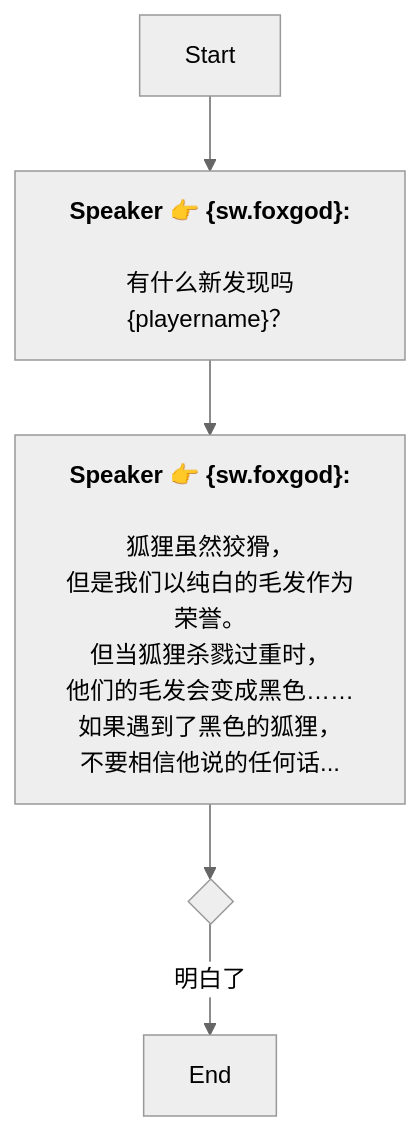
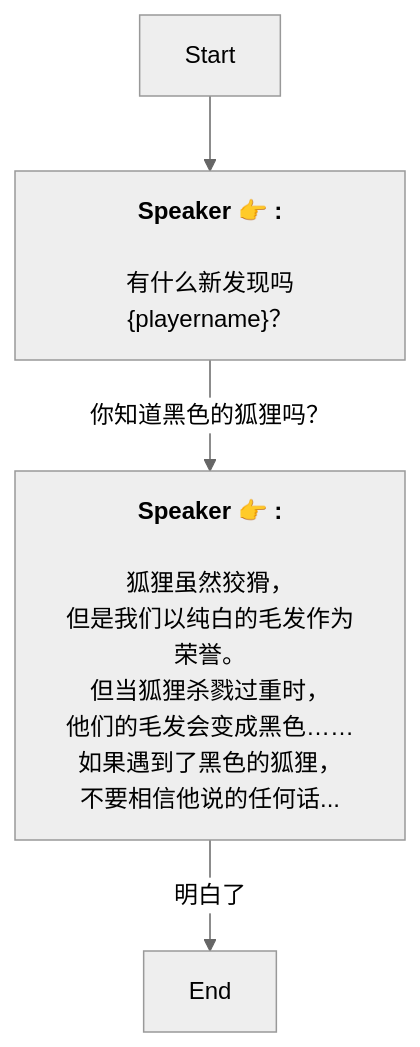
The diagram in Zh/QuestTalkObjectiveNode_1761996296966827.md (SoftHu/tos_avg), drawn with Mermaid (neutral theme) before and after one commit. The commit also changed 737 other files, not shown here.

````diff
--- a/Zh/QuestTalkObjectiveNode_1761996296966827.md
+++ b/Zh/QuestTalkObjectiveNode_1761996296966827.md
@@ -1,17 +1,12 @@
 ```mermaid
 graph
-Start -->1761996905918126[<b>Speaker 👉 &lbrace;sw.foxgod&rbrace;:</b>
+Start -->1761996905918126[<b>Speaker 👉 :</b>
+\n有什么新发现吗&lbrace;playername&rbrace;？]
+1761996905918126 -->|你知道黑色的狐狸吗？|1761996951600820[<b>Speaker 👉 :</b>
+\n狐狸虽然狡猾，
+但是我们以纯白的毛发作为荣誉。\n但当狐狸杀戮过重时，
+他们的毛发会变成黑色……\n如果遇到了黑色的狐狸，
+不要相信他说的任何话...]
+1761996951600820 -->|明白了|1761997069046461[End]
 
-有什么新发现吗&lbrace;playername&rbrace;？]
-1761996905918126 -->1761996951600820[<b>Speaker 👉 &lbrace;sw.foxgod&rbrace;:</b>
-
-狐狸虽然狡猾，
-但是我们以纯白的毛发作为荣誉。
-但当狐狸杀戮过重时，
-他们的毛发会变成黑色……
-如果遇到了黑色的狐狸，
-不要相信他说的任何话...]
-1761996951600820 -->1766955653325709{ }
-1766955653325709 -->|明白了|1761997069046461[End]
-
- ```
+```
````
